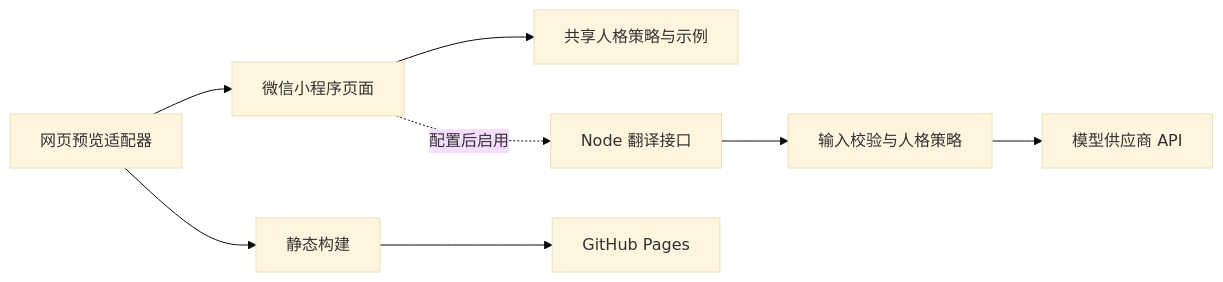
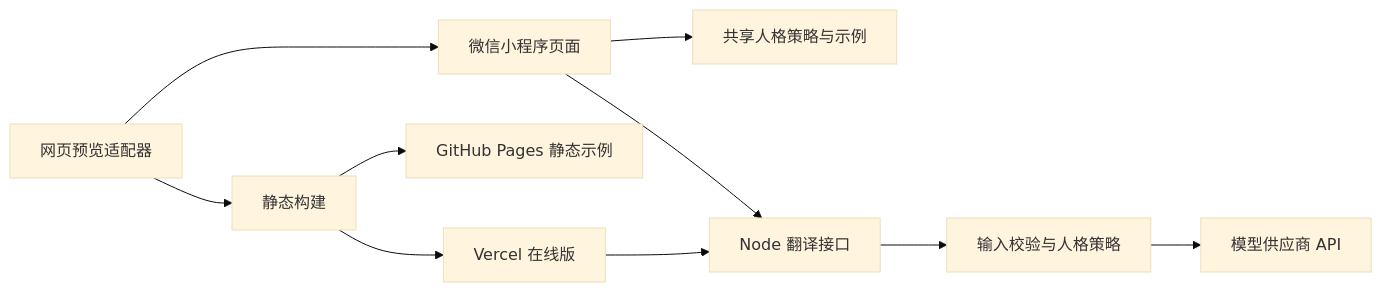
Before and after one commit to xiyue-w-work/mbti-translator: the diagram in README.md, drawn with Mermaid (base theme). The commit also changed other lines of this file and 9 other files, not shown here.

````diff
--- a/README.md
+++ b/README.md
@@ -15,10 +15,12 @@
 ```mermaid
 flowchart LR
   A[微信小程序页面] --> B[共享人格策略与示例]
   C[网页预览适配器] --> A
   C --> D[静态构建]
-  D --> E[GitHub Pages]
-  A -. 配置后启用 .-> F[Node 翻译接口]
+  D --> E[GitHub Pages 静态示例]
+  D --> V[Vercel 在线版]
+  A --> F[Node 翻译接口]
+  V --> F
   F --> G[输入校验与人格策略]
   G --> H[模型供应商 API]
 ```
````
